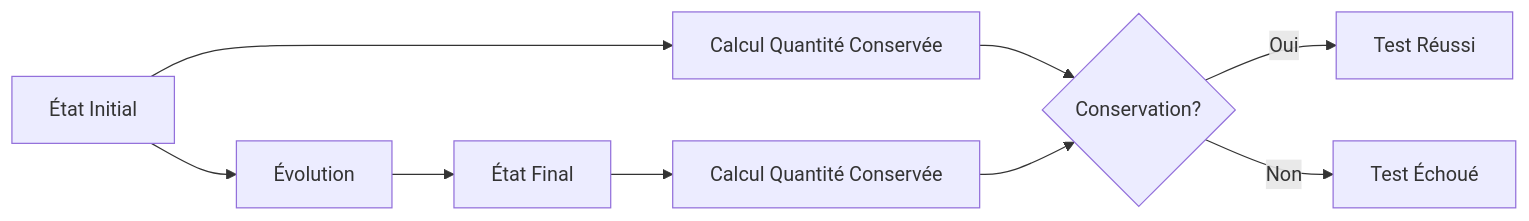
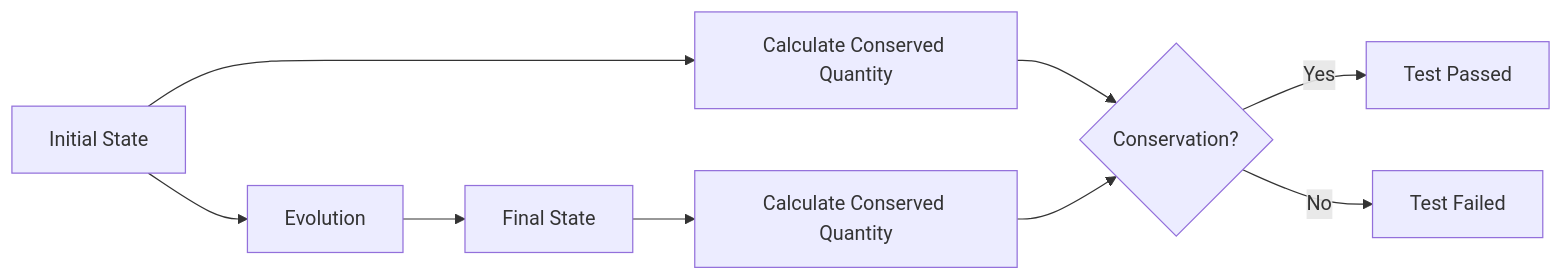
Diagram 18 of 19 in docs/numerical_schemes.md (sbstndb/samurai), drawn with Mermaid before and after one commit. The commit also changed other lines of this file and 8 other files, not shown here.

````diff
--- a/docs/numerical_schemes.md
+++ b/docs/numerical_schemes.md
@@ -503,13 +503,13 @@
 ```mermaid
 graph LR
-    A[État Initial] --> B[Évolution]
-    B --> C[État Final]
+    A[Initial State] --> B[Evolution]
+    B --> C[Final State]
     
-    A --> D[Calcul Quantité Conservée]
-    C --> E[Calcul Quantité Conservée]
+    A --> D[Calculate Conserved Quantity]
+    C --> E[Calculate Conserved Quantity]
     
     D --> F{Conservation?}
     E --> F
-    F -->|Oui| G[Test Réussi]
-    F -->|Non| H[Test Échoué]
+    F -->|Yes| G[Test Passed]
+    F -->|No| H[Test Failed]
 ```
````
